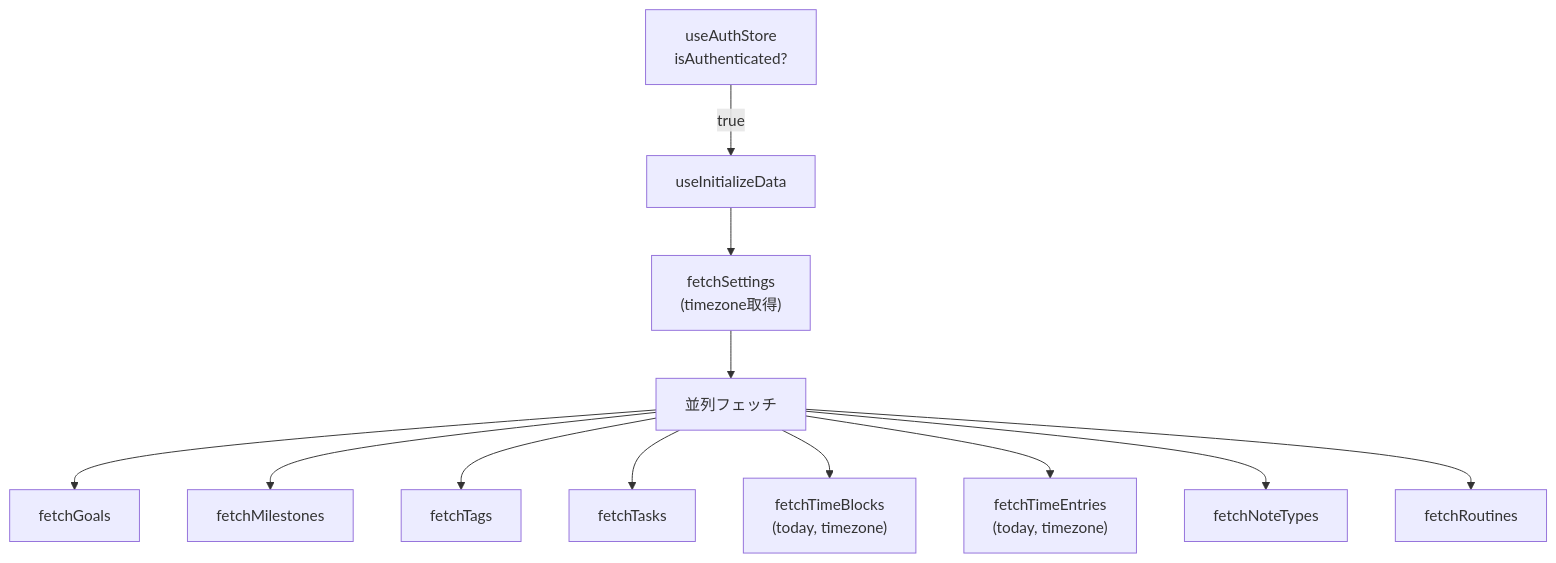
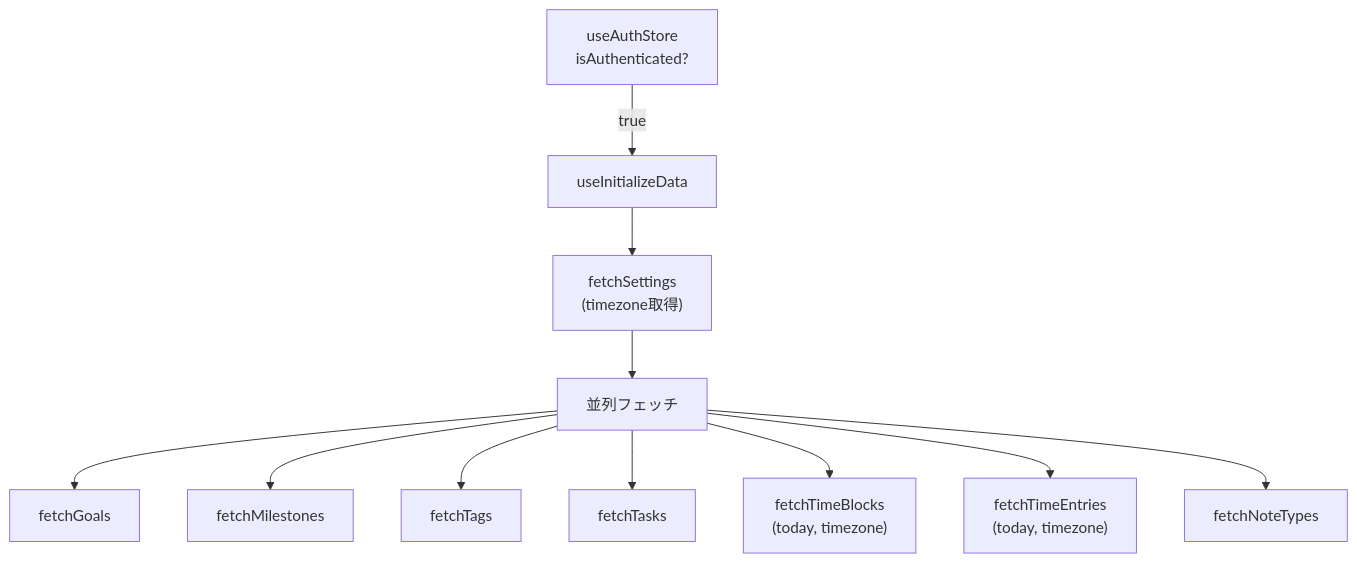
One commit to yu-min3/kensan changed the fourth of 12 diagrams in src/ARCHITECTURE.md. Above: the diagram before and after it, drawn with Mermaid. The commit also changed other lines of this file and 172 other files, not shown here.

````diff
--- a/src/ARCHITECTURE.md
+++ b/src/ARCHITECTURE.md
@@ -242,20 +248,19 @@
 ```mermaid
 flowchart TB
     Auth["useAuthStore<br/>isAuthenticated?"]
     Init["useInitializeData"]
     Settings["fetchSettings<br/>(timezone取得)"]
     Parallel["並列フェッチ"]
 
     Auth -->|true| Init
     Init --> Settings
     Settings --> Parallel
 
     Parallel --> Goals["fetchGoals"]
     Parallel --> MS["fetchMilestones"]
     Parallel --> Tags["fetchTags"]
     Parallel --> Tasks["fetchTasks"]
     Parallel --> TB["fetchTimeBlocks<br/>(today, timezone)"]
     Parallel --> TE["fetchTimeEntries<br/>(today, timezone)"]
     Parallel --> NoteTypes["fetchNoteTypes"]
-    Parallel --> Routines["fetchRoutines"]
 ```
````
